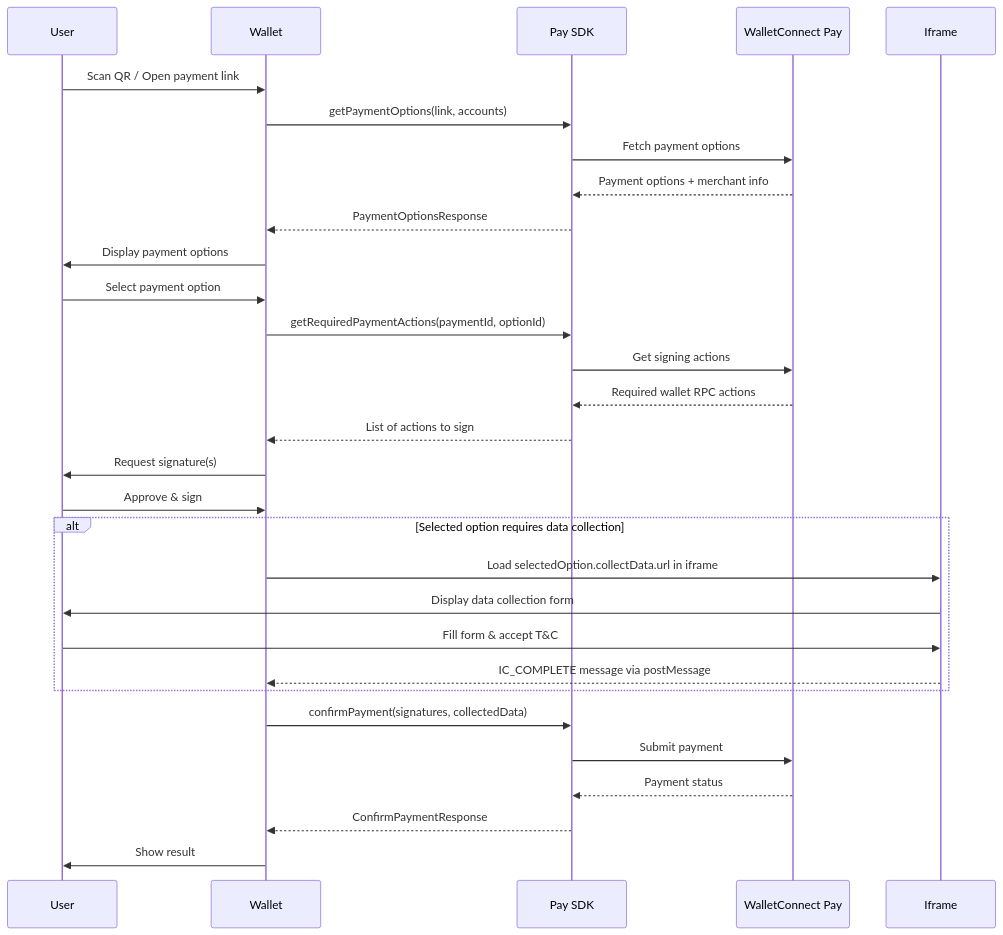
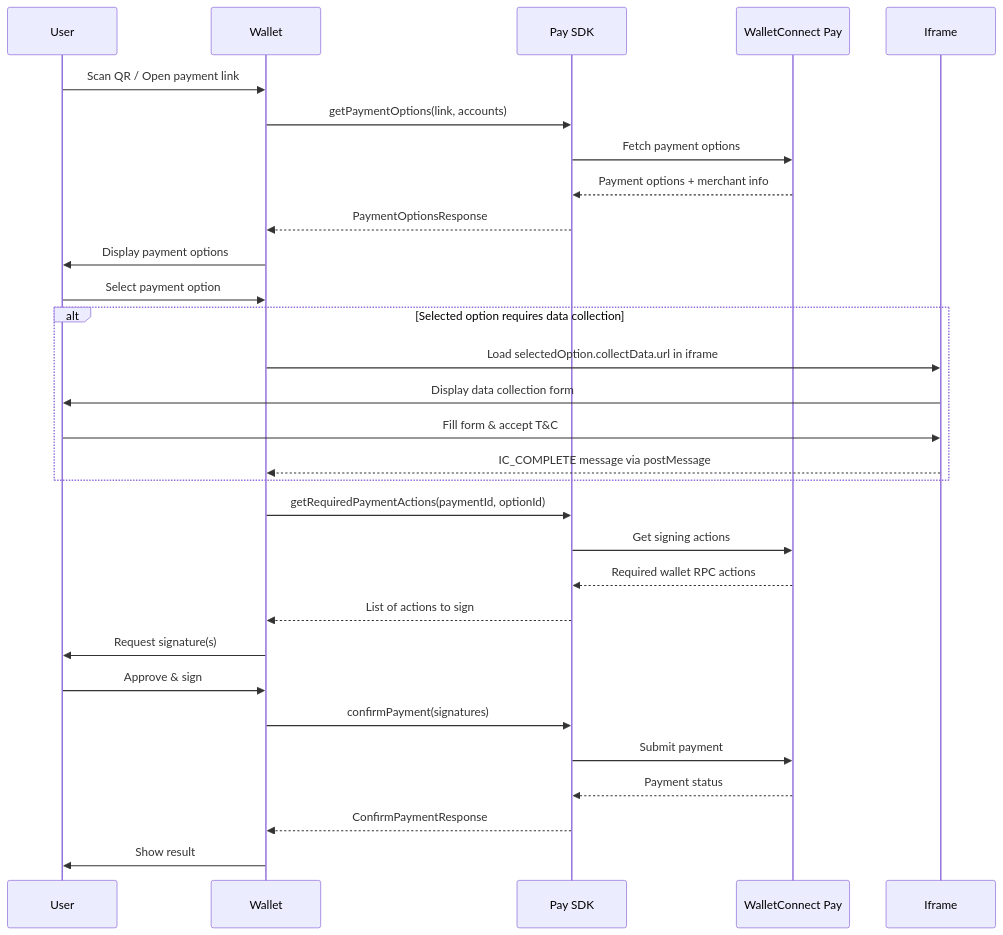
The diagram in payments/wallets/standalone/web.mdx (WalletConnect/docs), drawn with Mermaid before and after one commit. The commit also changed other lines of this file and 14 other files, not shown here.

First line of the commit message:
fix(wallets): capture Information Capture before /fetch in payment flow

````diff
--- a/payments/wallets/standalone/web.mdx
+++ b/payments/wallets/standalone/web.mdx
@@ -114,37 +114,38 @@
 ```mermaid
 sequenceDiagram
     participant User
     participant Wallet
     participant PaySDK as Pay SDK
     participant Backend as WalletConnect Pay
     participant Iframe
 
     User->>Wallet: Scan QR / Open payment link
     Wallet->>PaySDK: getPaymentOptions(link, accounts)
     PaySDK->>Backend: Fetch payment options
     Backend-->>PaySDK: Payment options + merchant info
     PaySDK-->>Wallet: PaymentOptionsResponse
     Wallet->>User: Display payment options
 
     User->>Wallet: Select payment option
+
+    alt Selected option requires data collection
+        Wallet->>Iframe: Load selectedOption.collectData.url in iframe
+        Iframe->>User: Display data collection form
+        User->>Iframe: Fill form & accept T&C
+        Iframe-->>Wallet: IC_COMPLETE message via postMessage
+    end
+
     Wallet->>PaySDK: getRequiredPaymentActions(paymentId, optionId)
     PaySDK->>Backend: Get signing actions
     Backend-->>PaySDK: Required wallet RPC actions
     PaySDK-->>Wallet: List of actions to sign
 
     Wallet->>User: Request signature(s)
     User->>Wallet: Approve & sign
 
-    alt Selected option requires data collection
-        Wallet->>Iframe: Load selectedOption.collectData.url in iframe
-        Iframe->>User: Display data collection form
-        User->>Iframe: Fill form & accept T&C
-        Iframe-->>Wallet: IC_COMPLETE message via postMessage
-    end
-
-    Wallet->>PaySDK: confirmPayment(signatures, collectedData)
+    Wallet->>PaySDK: confirmPayment(signatures)
     PaySDK->>Backend: Submit payment
     Backend-->>PaySDK: Payment status
     PaySDK-->>Wallet: ConfirmPaymentResponse
     Wallet->>User: Show result
 ```
````
